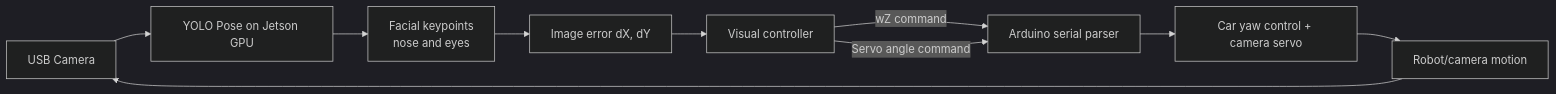
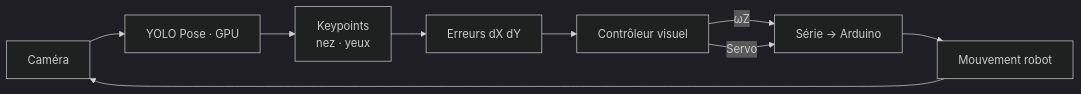
The second of 2 diagrams in README.md (ClemDFZ/rc_control), drawn with Mermaid (dark theme) before and after one commit. The commit also changed other lines of this file and 7 other files, not shown here.

````diff
--- a/README.md
+++ b/README.md
@@ -148,12 +167,11 @@
 ```mermaid
 flowchart LR
-    A[USB Camera] --> B[YOLO Pose on Jetson GPU]
-    B --> C[Facial keypoints<br/>nose and eyes]
-    C --> D[Image error dX, dY]
-    D --> E[Visual controller]
-    E -->|wZ command| F[Arduino serial parser]
-    E -->|Servo angle command| F
-    F --> G[Car yaw control + camera servo]
-    G --> H[Robot/camera motion]
-    H --> A
+    CAM[Caméra] --> YOLO[YOLO Pose · GPU]
+    YOLO --> KP[Keypoints<br/>nez · yeux]
+    KP --> ERR[Erreurs dX dY]
+    ERR --> CTRL[Contrôleur visuel]
+    CTRL -->|ωZ| SER[Série → Arduino]
+    CTRL -->|Servo| SER
+    SER --> ROB[Mouvement robot]
+    ROB --> CAM
 ```
````
